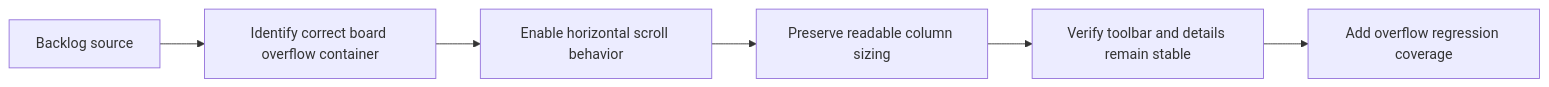
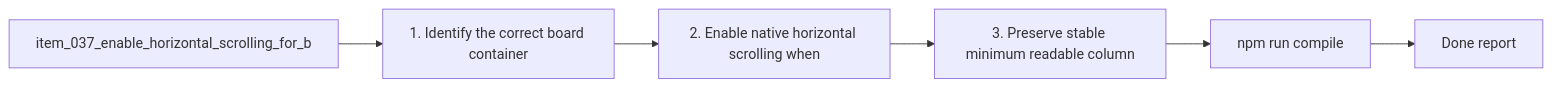
The diagram in logics/tasks/task_031_enable_horizontal_scrolling_for_board_columns.md (AlexAgo83/logics-manager), drawn with Mermaid before and after one commit. The commit also changed other lines of this file and 481 other files, not shown here.

````diff
--- a/logics/tasks/task_031_enable_horizontal_scrolling_for_board_columns.md
+++ b/logics/tasks/task_031_enable_horizontal_scrolling_for_board_columns.md
@@ -17,9 +18,10 @@
 ```mermaid
+%% logics-kind: task
 %% logics-signature: task|enable-horizontal-scrolling-for-board-co|item-037-enable-horizontal-scrolling-for|1-identify-the-correct-board-container|npm-run-compile
 flowchart LR
-    Backlog[Backlog source] --> Container[Identify correct board overflow container]
-    Container --> Scroll[Enable horizontal scroll behavior]
-    Scroll --> Width[Preserve readable column sizing]
-    Width --> Layout[Verify toolbar and details remain stable]
-    Layout --> Tests[Add overflow regression coverage]
+    Backlog[item_037_enable_horizontal_scrolling_for_b] --> Step1[1. Identify the correct board container]
+    Step1 --> Step2[2. Enable native horizontal scrolling when]
+    Step2 --> Step3[3. Preserve stable minimum readable column]
+    Step3 --> Validation[npm run compile]
+    Validation --> Report[Done report]
 ```
````
